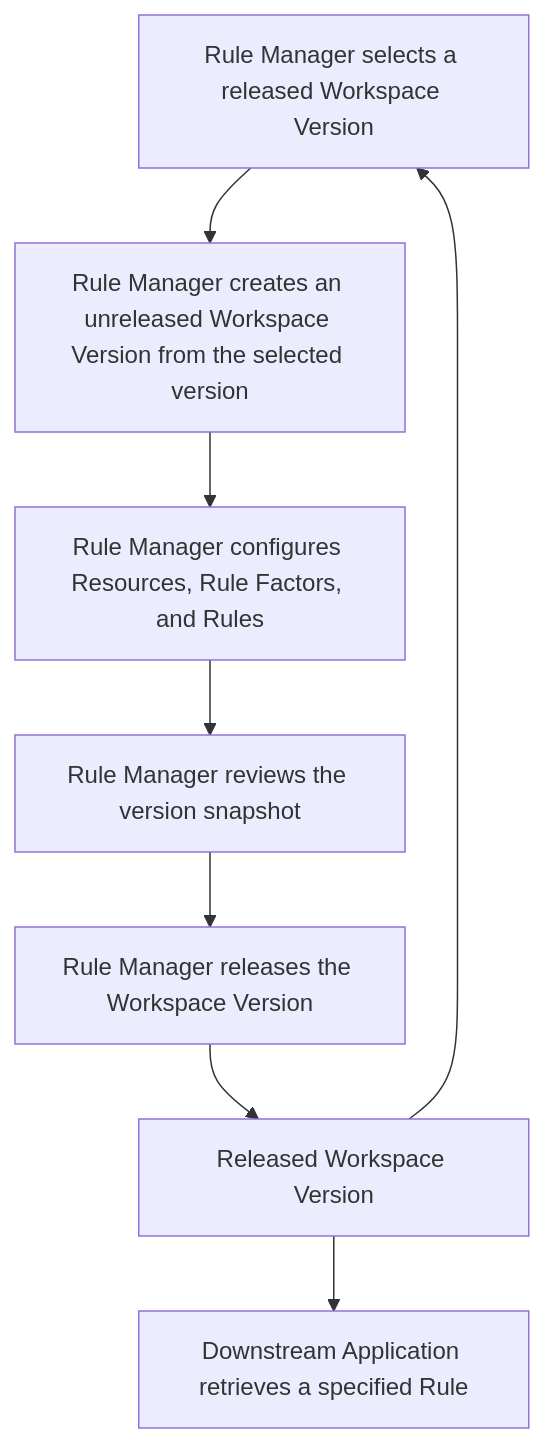
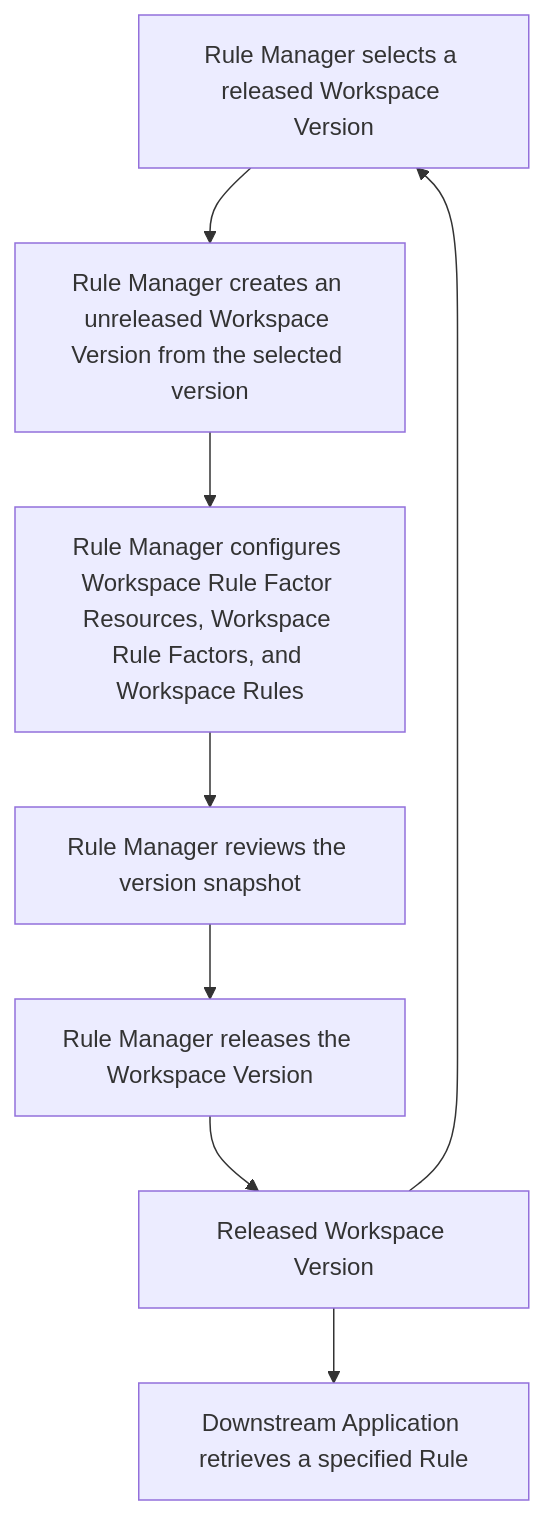
Before and after one commit to huang-xiao-jian/themis: the second of 2 diagrams in specs/copernicus/requirement.md, drawn with Mermaid. The commit also changed other lines of this file and 31 other files, not shown here.

````diff
--- a/specs/copernicus/requirement.md
+++ b/specs/copernicus/requirement.md
@@ -98,18 +98,18 @@
 ```mermaid
 flowchart TD
     selectBase[Rule Manager selects a released Workspace Version]
     createDraft[Rule Manager creates an unreleased Workspace Version from the selected version]
-    configureDraft[Rule Manager configures Resources, Rule Factors, and Rules]
+    configureDraft[Rule Manager configures Workspace Rule Factor Resources, Workspace Rule Factors, and Workspace Rules]
     reviewDraft[Rule Manager reviews the version snapshot]
     releaseDraft[Rule Manager releases the Workspace Version]
     releasedVersion[Released Workspace Version]
     retrieveRule[Downstream Application retrieves a specified Rule]
 
     selectBase --> createDraft
     createDraft --> configureDraft
     configureDraft --> reviewDraft
     reviewDraft --> releaseDraft
     releaseDraft --> releasedVersion
     releasedVersion --> retrieveRule
     releasedVersion --> selectBase
 ```
````
